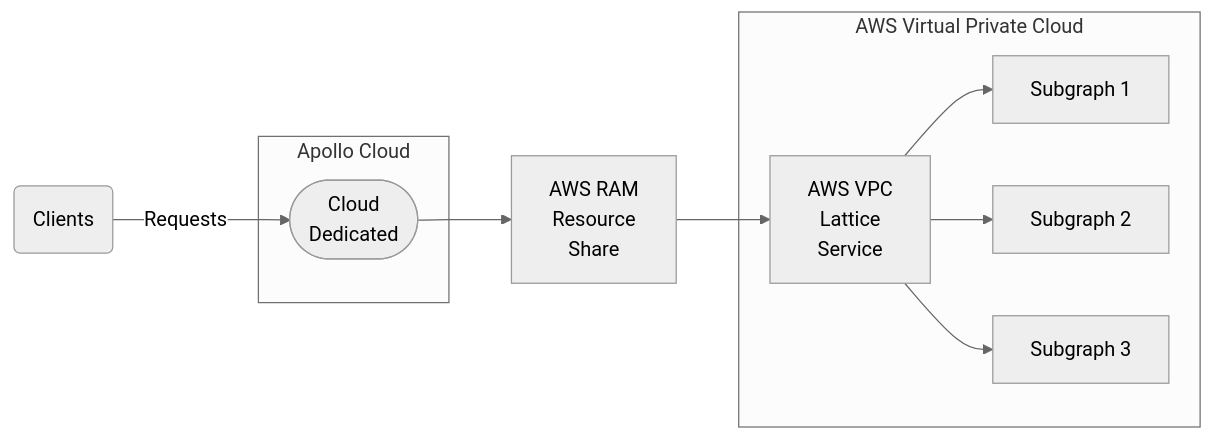
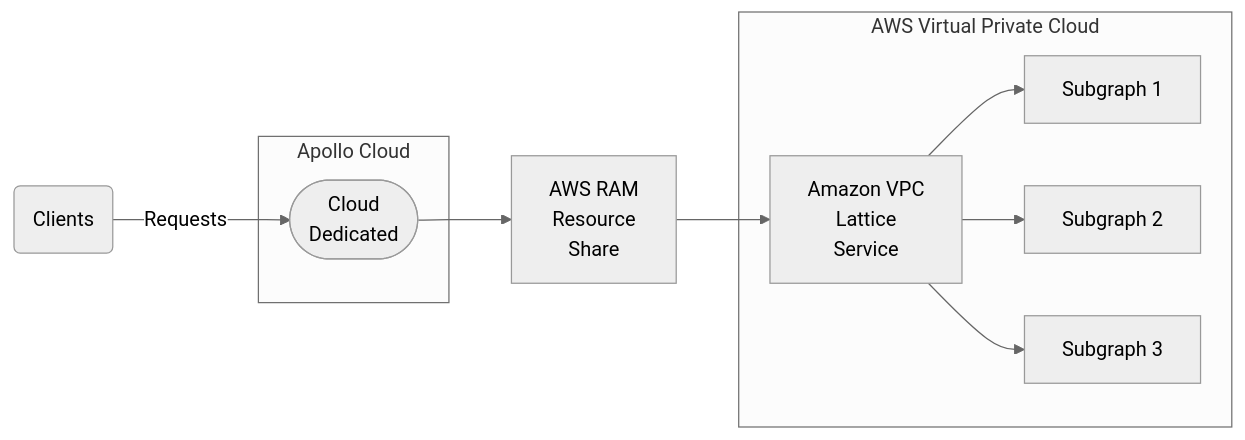
The diagram in src/content/graphos/cloud-routing/dedicated/lattice.mdx (apollographql/docs), drawn with Mermaid (neutral theme) before and after one commit. The commit also changed other lines of this file and 8 other files, not shown here.

````diff
--- a/src/content/graphos/cloud-routing/dedicated/lattice.mdx
+++ b/src/content/graphos/cloud-routing/dedicated/lattice.mdx
@@ -13,20 +13,20 @@
 ```mermaid
 flowchart LR;
   clients(Clients);
   subgraph "Apollo Cloud";
     router(["Cloud <br/> Dedicated"]);
   end;
   resourceshare["AWS RAM <br/> Resource <br/> Share"]
   subgraph "AWS Virtual Private Cloud"
-    lattice[AWS VPC <br/> Lattice <br/> Service]
+    lattice[Amazon VPC <br/> Lattice <br/> Service]
     service1[Subgraph 1];
     service2[Subgraph 2];
     service3[Subgraph 3];
   end;
 
   router --> resourceshare
   resourceshare --> lattice
   lattice --> service1 & service2 & service3;
 
   clients -->|Requests| router;
 ```
````
